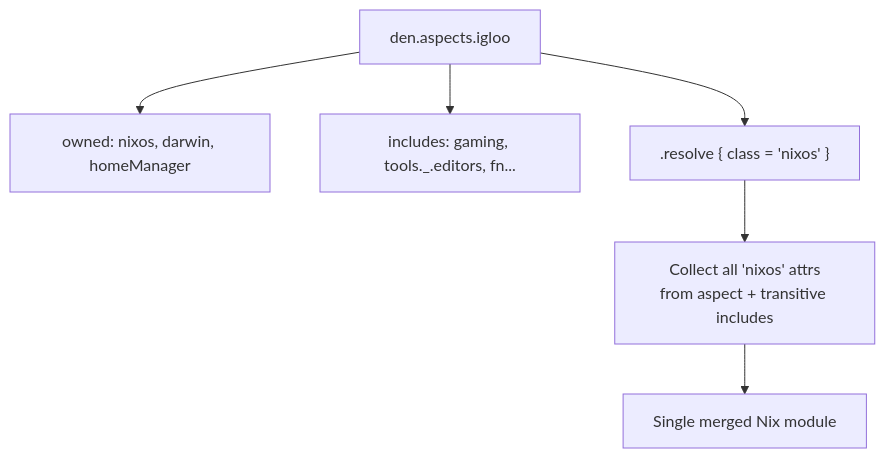
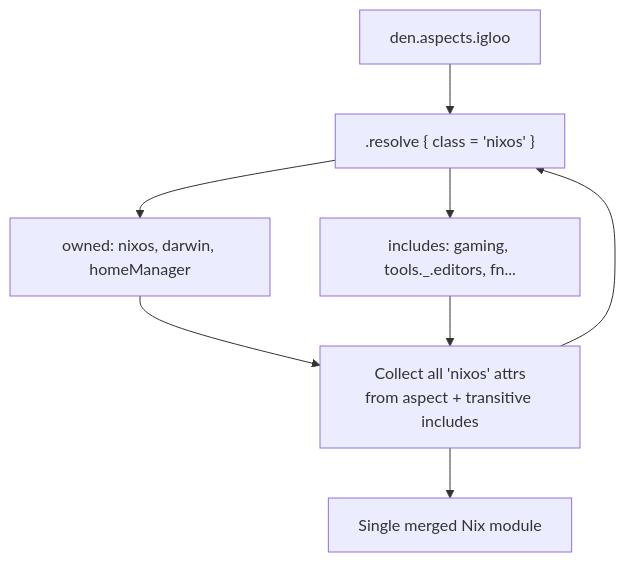
The diagram in docs/src/content/docs/explanation/aspects.md (vic/den), drawn with Mermaid before and after one commit. The commit also changed other lines of this file and 4 other files, not shown here.

````diff
--- a/docs/src/content/docs/explanation/aspects.md
+++ b/docs/src/content/docs/explanation/aspects.md
@@ -103,9 +118,18 @@
 ```mermaid
 graph TD
   Asp["den.aspects.igloo"]
-  Asp --> Owned["owned: nixos, darwin, homeManager"]
-  Asp --> Inc["includes: gaming, tools._.editors, fn..."]
+
   Asp --> Resolve[".resolve { class = 'nixos' }"]
-  Resolve --> Collect["Collect all 'nixos' attrs<br/>from aspect + transitive includes"]
+
+  Resolve --> Owned["owned: nixos, darwin, homeManager"]
+
+  Resolve --> Inc["includes: gaming, tools._.editors, fn..."]
+
+  Owned --> Collect["Collect all 'nixos' attrs<br/>from aspect + transitive includes"]
+
+  Inc --> Collect
   Collect --> Module["Single merged Nix module"]
+
+  Collect --> Resolve
+
 ```
````
